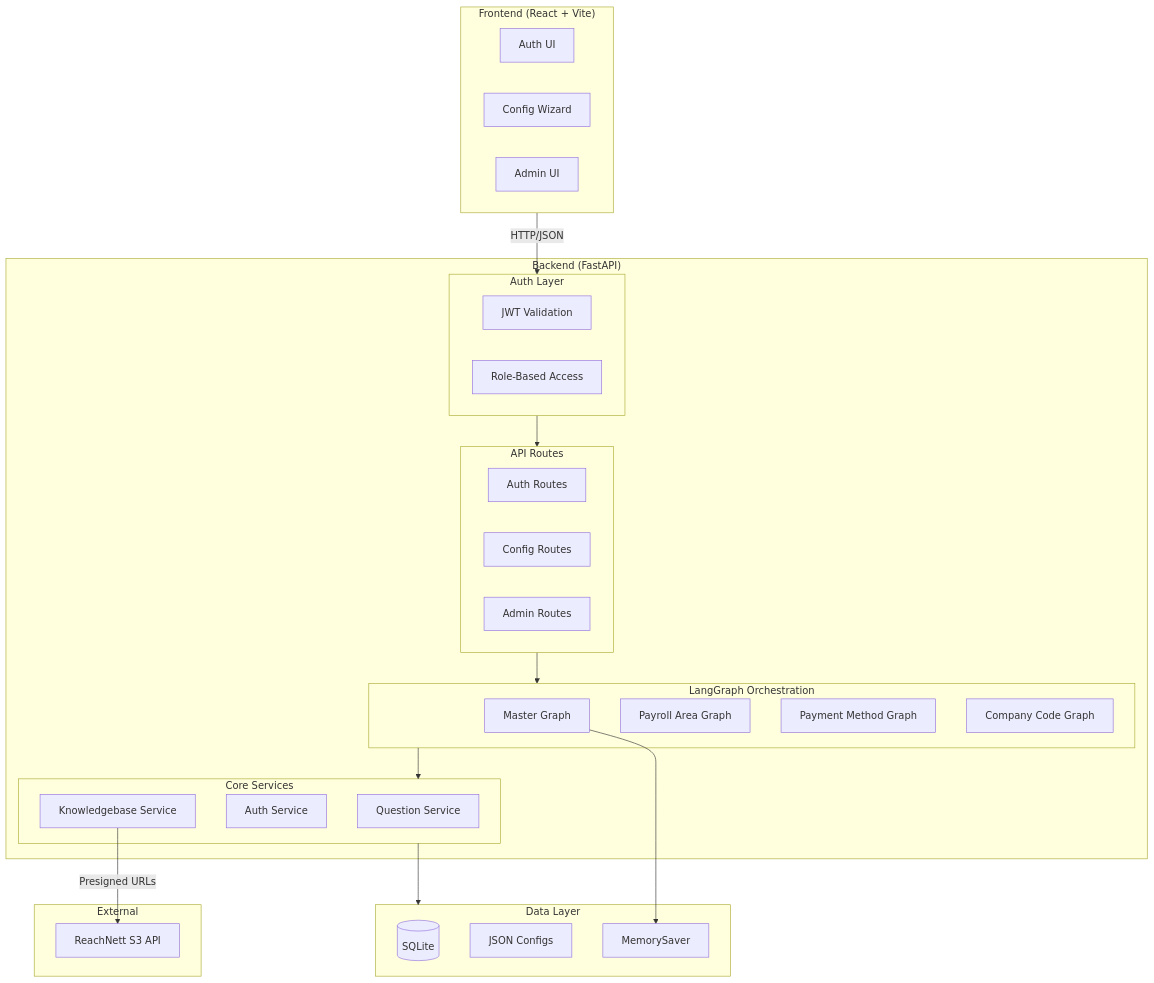
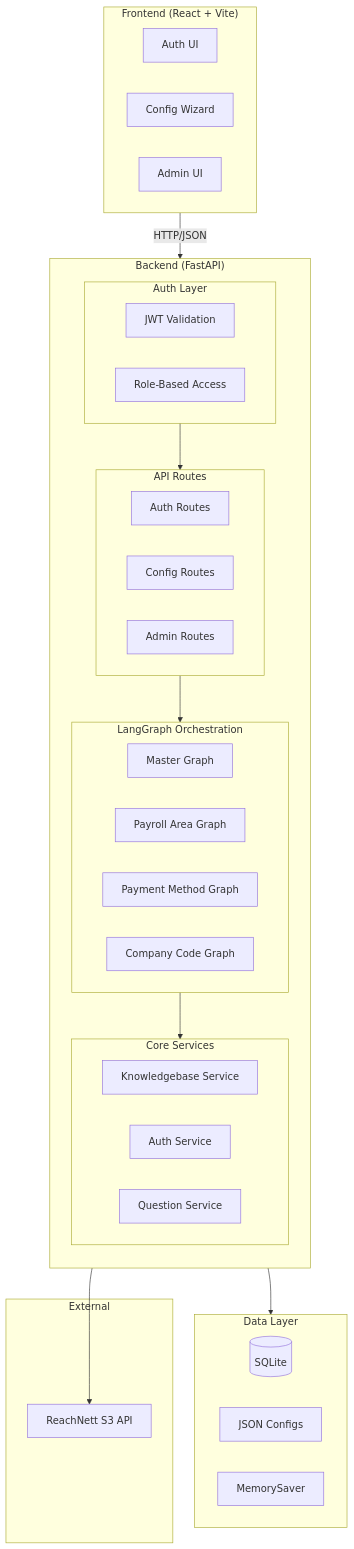
Before and after one commit to henryglee/turboSAP_payroll-: the diagram in README.md, drawn with Mermaid.

Commit message:
Revise architecture diagram in README
Updated architecture diagram in README to reflect changes in component structure and relationships.

````diff
--- a/README.md
+++ b/README.md
@@ -85,52 +85,60 @@
 ```mermaid
+
 flowchart TB
-    subgraph Client["Frontend (React + Vite)"]
+    subgraph Frontend["Frontend (React + Vite)"]
+        direction LR
         AuthUI[Auth UI]
-        ConfigUI[Config Wizard]
+        ConfigWiz[Config Wizard]
         AdminUI[Admin UI]
     end
 
-    subgraph Server["Backend (FastAPI)"]
-        subgraph Middleware["Auth Layer"]
+    Frontend -->|HTTP/JSON| Backend
+
+    subgraph Backend["Backend (FastAPI)"]
+        direction TB
+        
+        subgraph AuthLayer["Auth Layer"]
+            direction LR
             JWT[JWT Validation]
             RBAC[Role-Based Access]
         end
         
         subgraph Routes["API Routes"]
+            direction LR
             AuthR[Auth Routes]
             ConfigR[Config Routes]
             AdminR[Admin Routes]
         end
         
-        subgraph Orchestration["LangGraph Orchestration"]
+        subgraph LangGraph["LangGraph Orchestration"]
+            direction LR
             Master[Master Graph]
             Payroll[Payroll Area Graph]
             Payment[Payment Method Graph]
             Company[Company Code Graph]
         end
         
         subgraph Services["Core Services"]
+            direction LR
+            KBSvc[Knowledgebase Service]
+            AuthSvc[Auth Service]
             QuestionSvc[Question Service]
-            AuthSvc[Auth Service]
-            KBSvc[Knowledgebase Service]
         end
+
+        AuthLayer --> Routes --> LangGraph --> Services
     end
 
     subgraph Storage["Data Layer"]
+        direction LR
         DB[(SQLite)]
         JSON[JSON Configs]
         Memory[MemorySaver]
     end
 
     subgraph External["External"]
         ReachNett[ReachNett S3 API]
     end
 
-    Client -->|HTTP/JSON| Middleware
-    Middleware --> Routes
-    Routes --> Orchestration
-    Orchestration --> Services
-    Services --> Storage
-    KBSvc -->|Presigned URLs| ReachNett
-    Master --> Memory
+    Backend --> Storage
+    Services --> ReachNett
 ```
````
